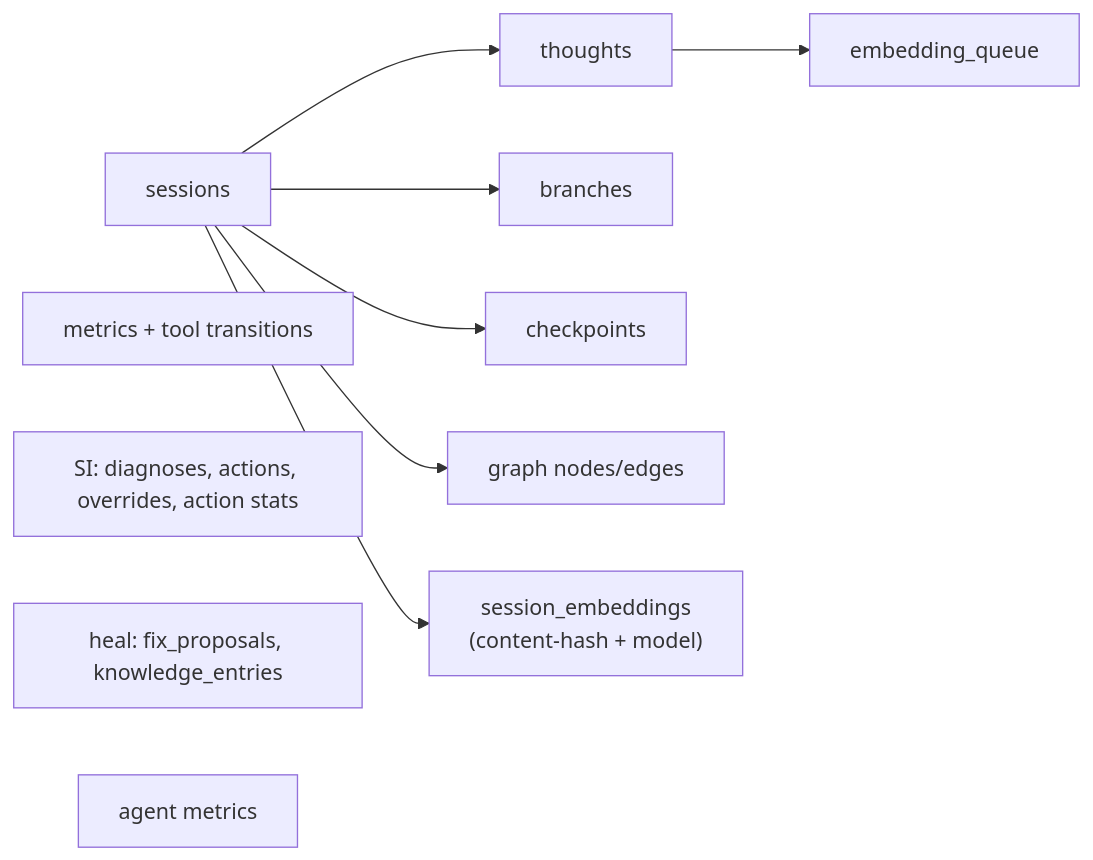
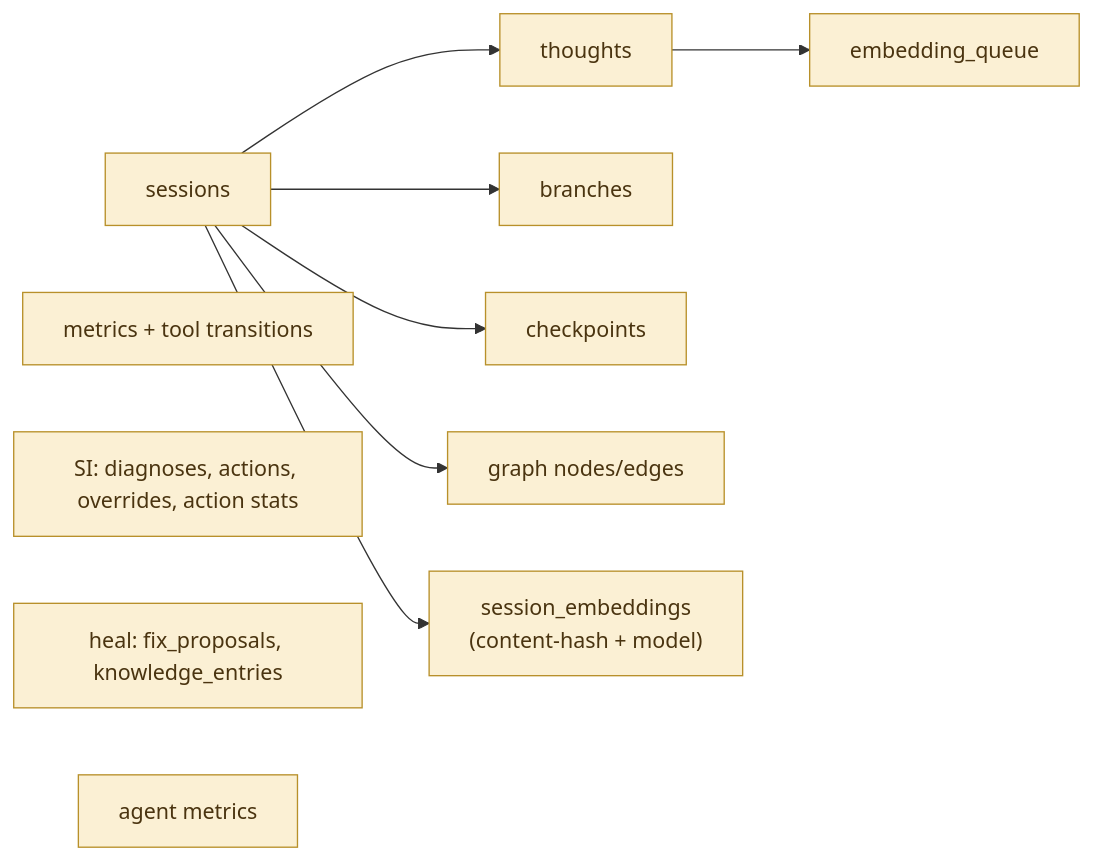
One commit to quanticsoul4772/mcp-reasoning changed the eighth of 8 diagrams in docs/reference/END_TO_END_FLOW.md. Above: the diagram before and after it, drawn with Mermaid. The commit also changed other lines of this file, not shown here.

First line of the commit message:
docs(flow): role-based color coding across the flowcharts (#181)

````diff
--- a/docs/reference/END_TO_END_FLOW.md
+++ b/docs/reference/END_TO_END_FLOW.md
@@ -278,13 +311,15 @@
 ```mermaid
 flowchart LR
-    Sessions["sessions"] --> Thoughts["thoughts"]
-    Sessions --> Branches["branches"]
-    Sessions --> Checkpoints["checkpoints"]
-    Sessions --> GraphN["graph nodes/edges"]
-    Thoughts --> EQ["embedding_queue"]
-    Sessions --> SE["session_embeddings<br/>(content-hash + model)"]
-    Metrics["metrics + tool transitions"]
-    SIA["SI: diagnoses, actions, overrides, action stats"]
-    Heal["heal: fix_proposals, knowledge_entries"]
-    AgentM["agent metrics"]
+    Sessions["sessions"]:::store --> Thoughts["thoughts"]:::store
+    Sessions --> Branches["branches"]:::store
+    Sessions --> Checkpoints["checkpoints"]:::store
+    Sessions --> GraphN["graph nodes/edges"]:::store
+    Thoughts --> EQ["embedding_queue"]:::store
+    Sessions --> SE["session_embeddings<br/>(content-hash + model)"]:::store
+    Metrics["metrics + tool transitions"]:::store
+    SIA["SI: diagnoses, actions, overrides, action stats"]:::store
+    Heal["heal: fix_proposals, knowledge_entries"]:::store
+    AgentM["agent metrics"]:::store
+
+    classDef store fill:#fbf0d4,stroke:#b8902a,color:#4a3410
 ```
````
